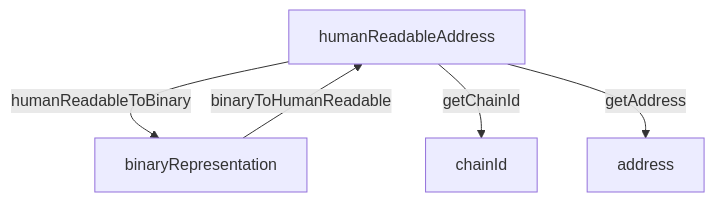
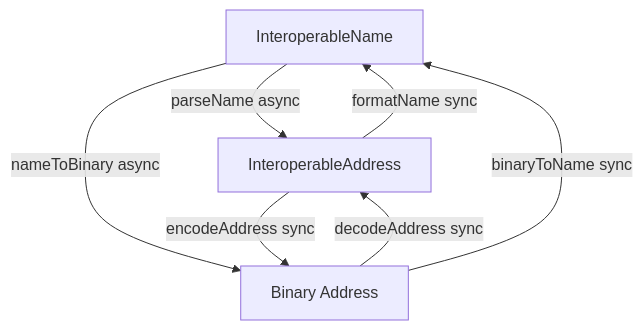
One commit to defi-wonderland/interop-sdk changed the diagram in apps/docs/docs/addresses/getting-started.md. Above: the diagram before and after it, drawn with Mermaid. The commit also changed other lines of this file and 90 other files, not shown here.

First line of the commit message:
feat: two-level refactor, Interoperable Address as union type (#115)

````diff
--- a/apps/docs/docs/addresses/getting-started.md
+++ b/apps/docs/docs/addresses/getting-started.md
@@ -70,13 +124,13 @@
 ```mermaid
 graph TD
-    A[humanReadableAddress]
-    C[binaryRepresentation]
-    D[chainId]
-    E[address]
+    A[InteroperableName]
+    C[InteroperableAddress]
+    D[Binary Address]
 
-
-    A -->|humanReadableToBinary| C
-    C -->|binaryToHumanReadable| A
-    A -->|getChainId| D
-    A -->|getAddress| E
+    A -->|parseName async| C
+    A -->|nameToBinary async| D
+    C -->|encodeAddress sync| D
+    C -->|formatName sync| A
+    D -->|decodeAddress sync| C
+    D -->|binaryToName sync| A
 ```
````
